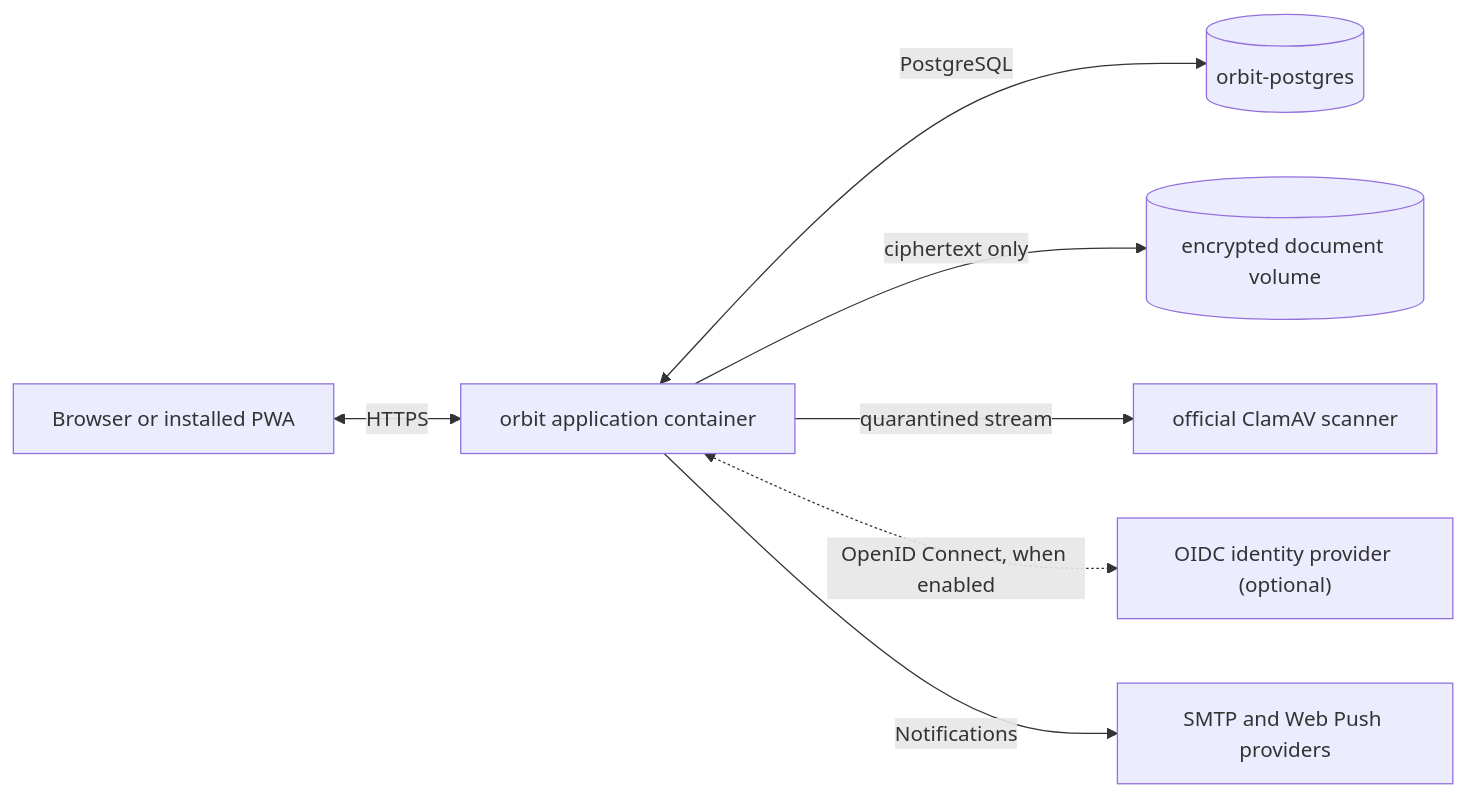
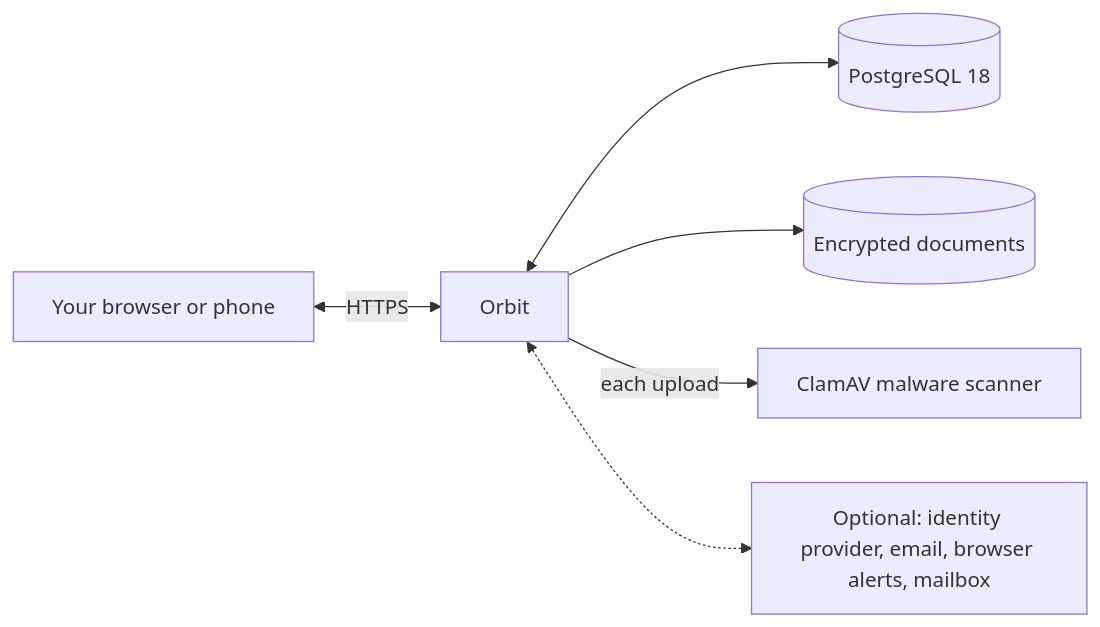
One commit to tomlawesome/orbit changed the diagram in docs/overview.md. Above: the diagram before and after it, drawn with Mermaid. The commit also changed other lines of this file, not shown here.

````diff
--- a/docs/overview.md
+++ b/docs/overview.md
@@ -76,17 +85,15 @@
 ```mermaid
 flowchart LR
-    browser["Browser or installed PWA"]
-    orbit["orbit application container"]
-    postgres[("orbit-postgres")]
-    documents[("encrypted document volume")]
-    scanner["official ClamAV scanner"]
-    identity["OIDC identity provider (optional)"]
-    delivery["SMTP and Web Push providers"]
+    browser["Your browser or phone"]
+    orbit["Orbit"]
+    postgres[("PostgreSQL 18")]
+    documents[("Encrypted documents")]
+    scanner["ClamAV malware scanner"]
+    optional["Optional: identity provider, email, browser alerts, mailbox"]
 
     browser <-->|HTTPS| orbit
-    orbit <-->|PostgreSQL| postgres
-    orbit -->|ciphertext only| documents
-    orbit -->|quarantined stream| scanner
-    orbit <-.->|OpenID Connect, when enabled| identity
-    orbit -->|Notifications| delivery
+    orbit <--> postgres
+    orbit --> documents
+    orbit -->|each upload| scanner
+    orbit <-.-> optional
 ```
````
